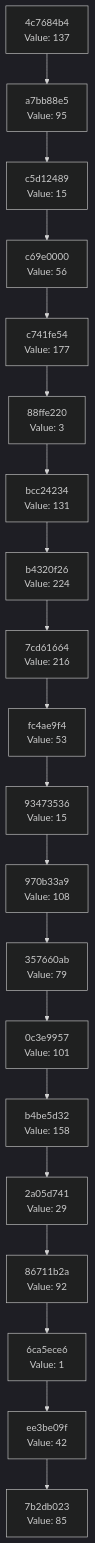
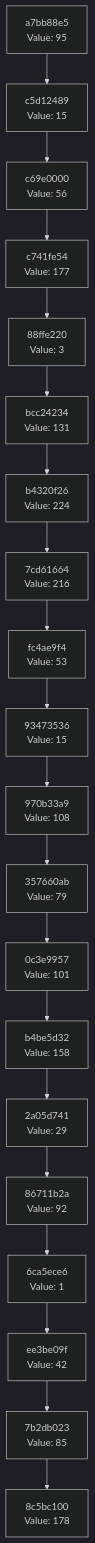
Before and after one commit to Abhisheksinha1506/hash-chain-evolver: the diagram in docs/CHAIN_VISUALIZATION.md, drawn with Mermaid (dark theme). The commit also changed 3 other files, not shown here.

````diff
--- a/docs/CHAIN_VISUALIZATION.md
+++ b/docs/CHAIN_VISUALIZATION.md
@@ -3,42 +3,42 @@
 ```mermaid
 graph TD
-    C0["7b2db023<br/>Value: 85"]
-    C1["ee3be09f<br/>Value: 42"]
+    C0["8c5bc100<br/>Value: 178"]
+    C1["7b2db023<br/>Value: 85"]
     C1 --> C0
-    C2["6ca5ece6<br/>Value: 1"]
+    C2["ee3be09f<br/>Value: 42"]
     C2 --> C1
-    C3["86711b2a<br/>Value: 92"]
+    C3["6ca5ece6<br/>Value: 1"]
     C3 --> C2
-    C4["2a05d741<br/>Value: 29"]
+    C4["86711b2a<br/>Value: 92"]
     C4 --> C3
-    C5["b4be5d32<br/>Value: 158"]
+    C5["2a05d741<br/>Value: 29"]
     C5 --> C4
-    C6["0c3e9957<br/>Value: 101"]
+    C6["b4be5d32<br/>Value: 158"]
     C6 --> C5
-    C7["357660ab<br/>Value: 79"]
+    C7["0c3e9957<br/>Value: 101"]
     C7 --> C6
-    C8["970b33a9<br/>Value: 108"]
+    C8["357660ab<br/>Value: 79"]
     C8 --> C7
-    C9["93473536<br/>Value: 15"]
+    C9["970b33a9<br/>Value: 108"]
     C9 --> C8
-    C10["fc4ae9f4<br/>Value: 53"]
+    C10["93473536<br/>Value: 15"]
     C10 --> C9
-    C11["7cd61664<br/>Value: 216"]
+    C11["fc4ae9f4<br/>Value: 53"]
     C11 --> C10
-    C12["b4320f26<br/>Value: 224"]
+    C12["7cd61664<br/>Value: 216"]
     C12 --> C11
-    C13["bcc24234<br/>Value: 131"]
+    C13["b4320f26<br/>Value: 224"]
     C13 --> C12
-    C14["88ffe220<br/>Value: 3"]
+    C14["bcc24234<br/>Value: 131"]
     C14 --> C13
-    C15["c741fe54<br/>Value: 177"]
+    C15["88ffe220<br/>Value: 3"]
     C15 --> C14
-    C16["c69e0000<br/>Value: 56"]
+    C16["c741fe54<br/>Value: 177"]
     C16 --> C15
-    C17["c5d12489<br/>Value: 15"]
+    C17["c69e0000<br/>Value: 56"]
     C17 --> C16
-    C18["a7bb88e5<br/>Value: 95"]
+    C18["c5d12489<br/>Value: 15"]
     C18 --> C17
-    C19["4c7684b4<br/>Value: 137"]
+    C19["a7bb88e5<br/>Value: 95"]
     C19 --> C18
 ```
````
